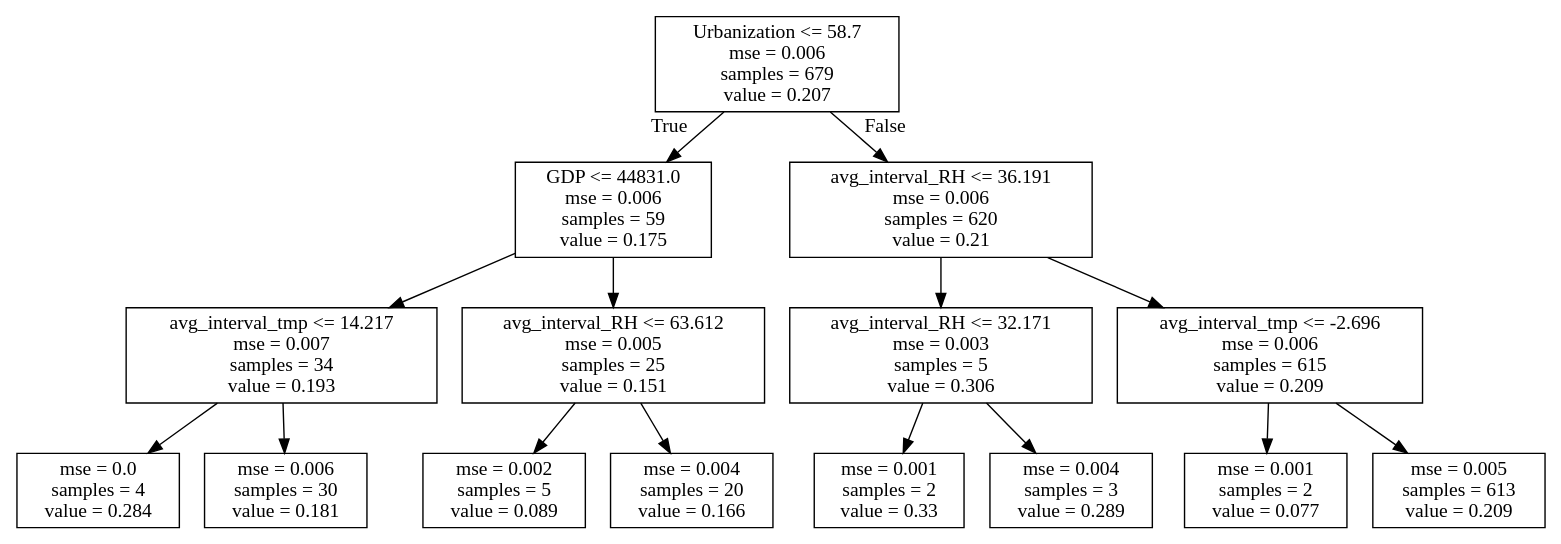
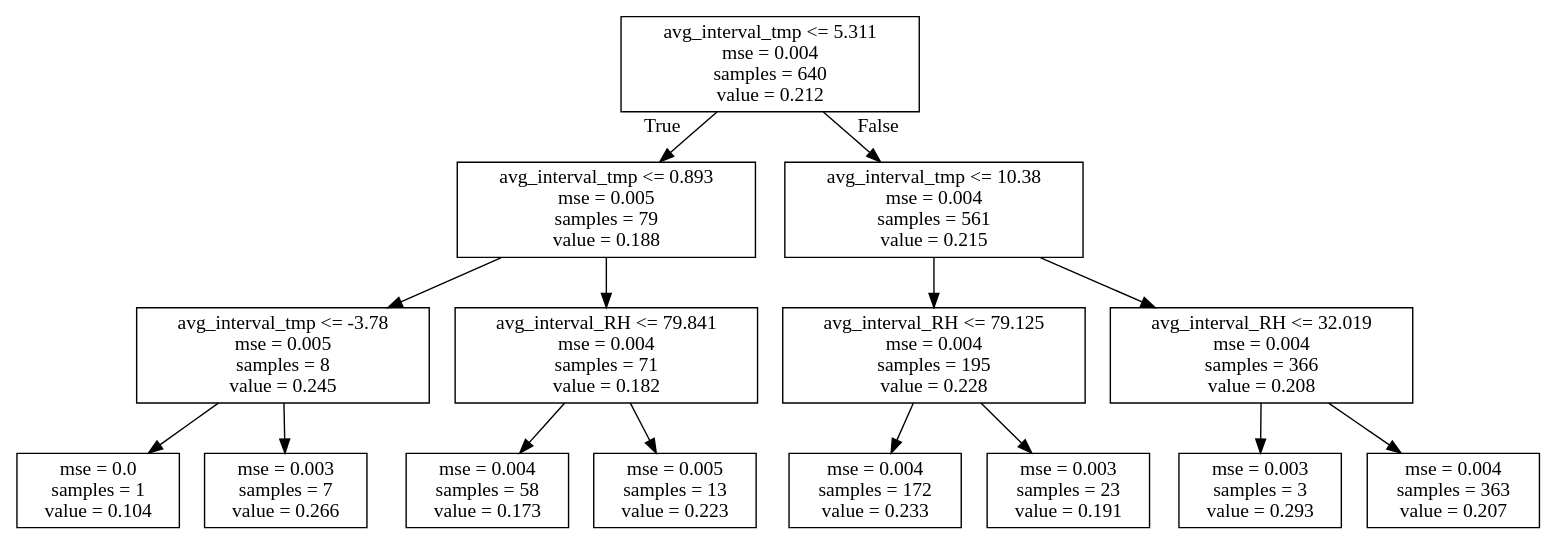
Before and after one commit to hopl1t/covid19: the diagram in products/decision_tree/decision_tree_first_7_run1.dot, drawn with Graphviz. The commit also changed 21 other files, not shown here.

```diff
--- a/products/decision_tree/decision_tree_first_7_run1.dot
+++ b/products/decision_tree/decision_tree_first_7_run1.dot
@@ -1,32 +1,32 @@
 digraph Tree {
 node [shape=box] ;
-0 [label="Urbanization <= 58.7\nmse = 0.006\nsamples = 679\nvalue = 0.207"] ;
-1 [label="GDP <= 44831.0\nmse = 0.006\nsamples = 59\nvalue = 0.175"] ;
+0 [label="avg_interval_tmp <= 5.311\nmse = 0.004\nsamples = 640\nvalue = 0.212"] ;
+1 [label="avg_interval_tmp <= 0.893\nmse = 0.005\nsamples = 79\nvalue = 0.188"] ;
 0 -> 1 [labeldistance=2.5, labelangle=45, headlabel="True"] ;
-2 [label="avg_interval_tmp <= 14.217\nmse = 0.007\nsamples = 34\nvalue = 0.193"] ;
+2 [label="avg_interval_tmp <= -3.78\nmse = 0.005\nsamples = 8\nvalue = 0.245"] ;
 1 -> 2 ;
-3 [label="mse = 0.0\nsamples = 4\nvalue = 0.284"] ;
+3 [label="mse = 0.0\nsamples = 1\nvalue = 0.104"] ;
 2 -> 3 ;
-4 [label="mse = 0.006\nsamples = 30\nvalue = 0.181"] ;
+4 [label="mse = 0.003\nsamples = 7\nvalue = 0.266"] ;
 2 -> 4 ;
-5 [label="avg_interval_RH <= 63.612\nmse = 0.005\nsamples = 25\nvalue = 0.151"] ;
+5 [label="avg_interval_RH <= 79.841\nmse = 0.004\nsamples = 71\nvalue = 0.182"] ;
 1 -> 5 ;
-6 [label="mse = 0.002\nsamples = 5\nvalue = 0.089"] ;
+6 [label="mse = 0.004\nsamples = 58\nvalue = 0.173"] ;
 5 -> 6 ;
-7 [label="mse = 0.004\nsamples = 20\nvalue = 0.166"] ;
+7 [label="mse = 0.005\nsamples = 13\nvalue = 0.223"] ;
 5 -> 7 ;
-8 [label="avg_interval_RH <= 36.191\nmse = 0.006\nsamples = 620\nvalue = 0.21"] ;
+8 [label="avg_interval_tmp <= 10.38\nmse = 0.004\nsamples = 561\nvalue = 0.215"] ;
 0 -> 8 [labeldistance=2.5, labelangle=-45, headlabel="False"] ;
-9 [label="avg_interval_RH <= 32.171\nmse = 0.003\nsamples = 5\nvalue = 0.306"] ;
+9 [label="avg_interval_RH <= 79.125\nmse = 0.004\nsamples = 195\nvalue = 0.228"] ;
 8 -> 9 ;
-10 [label="mse = 0.001\nsamples = 2\nvalue = 0.33"] ;
+10 [label="mse = 0.004\nsamples = 172\nvalue = 0.233"] ;
 9 -> 10 ;
-11 [label="mse = 0.004\nsamples = 3\nvalue = 0.289"] ;
+11 [label="mse = 0.003\nsamples = 23\nvalue = 0.191"] ;
 9 -> 11 ;
-12 [label="avg_interval_tmp <= -2.696\nmse = 0.006\nsamples = 615\nvalue = 0.209"] ;
+12 [label="avg_interval_RH <= 32.019\nmse = 0.004\nsamples = 366\nvalue = 0.208"] ;
 8 -> 12 ;
-13 [label="mse = 0.001\nsamples = 2\nvalue = 0.077"] ;
+13 [label="mse = 0.003\nsamples = 3\nvalue = 0.293"] ;
 12 -> 13 ;
-14 [label="mse = 0.005\nsamples = 613\nvalue = 0.209"] ;
+14 [label="mse = 0.004\nsamples = 363\nvalue = 0.207"] ;
 12 -> 14 ;
 }
```
